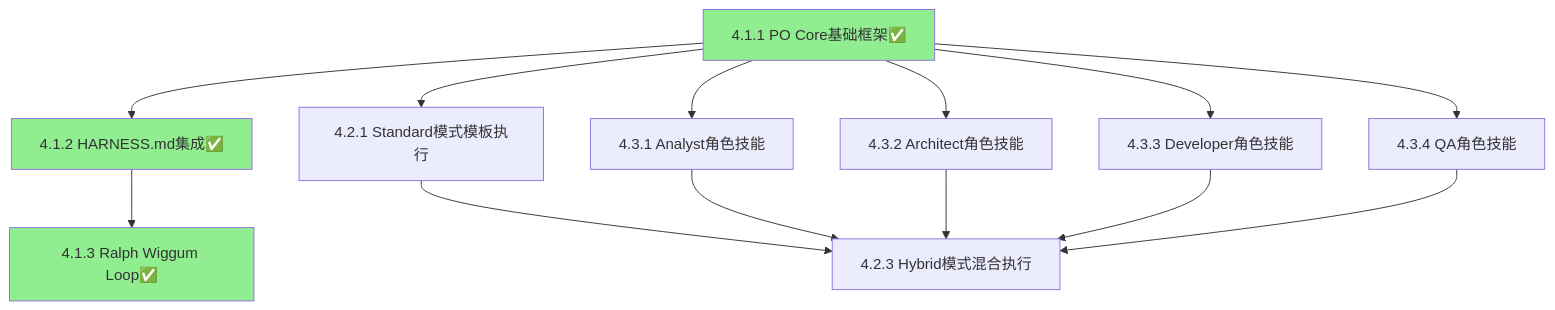
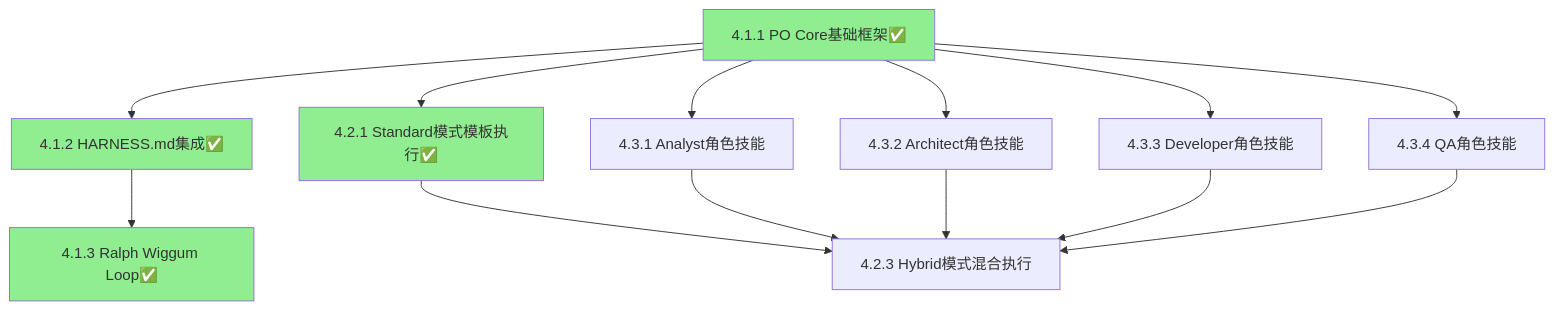
The diagram in openspec/changes/po-system-implementation/README.md (wanghaisheng/openworkhorse), drawn with Mermaid before and after one commit. The commit also changed other lines of this file and 3 other files, not shown here.

````diff
--- a/openspec/changes/po-system-implementation/README.md
+++ b/openspec/changes/po-system-implementation/README.md
@@ -196,19 +198,20 @@
 ```mermaid
 graph TD
     A[4.1.1 PO Core基础框架✅] --> B[4.1.2 HARNESS.md集成✅]
     B --> H[4.1.3 Ralph Wiggum Loop✅]
-    A --> C[4.2.1 Standard模式模板执行]
+    A --> C[4.2.1 Standard模式模板执行✅]
     A --> D[4.3.1 Analyst角色技能]
     A --> E[4.3.2 Architect角色技能]
     A --> F[4.3.3 Developer角色技能]
     A --> G[4.3.4 QA角色技能]
     C --> I[4.2.3 Hybrid模式混合执行]
     D --> I
     E --> I
     F --> I
     G --> I
     
     style A fill:#90EE90
     style B fill:#90EE90
     style H fill:#90EE90
+    style C fill:#90EE90
 ```
````
